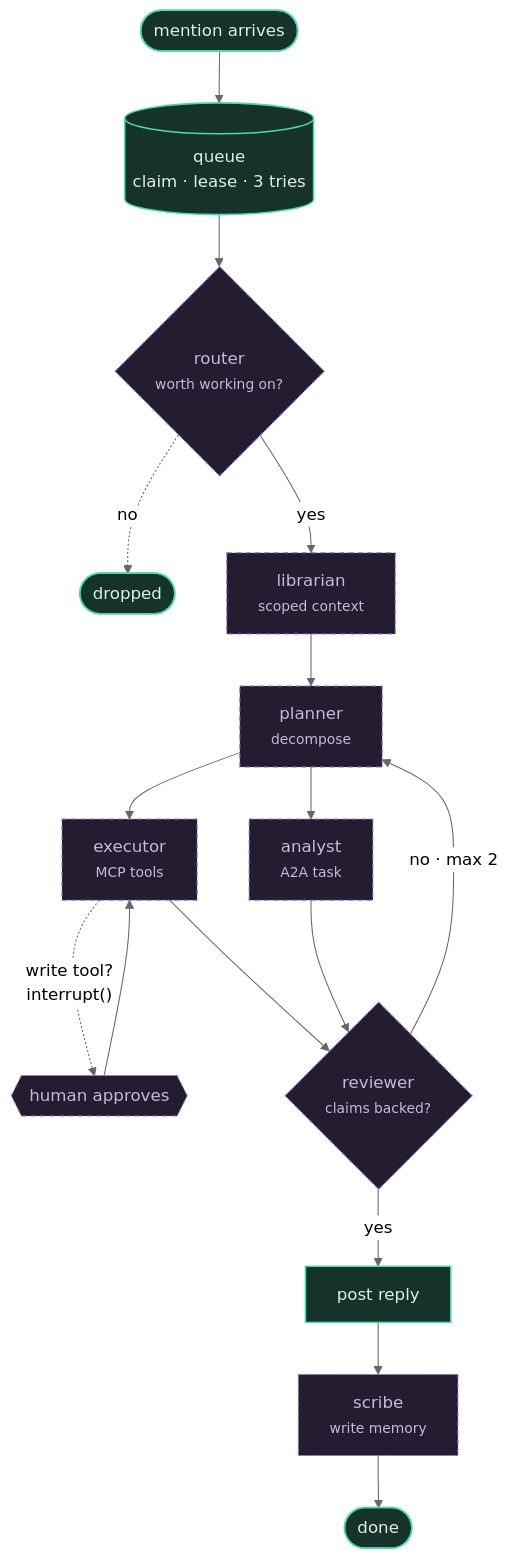
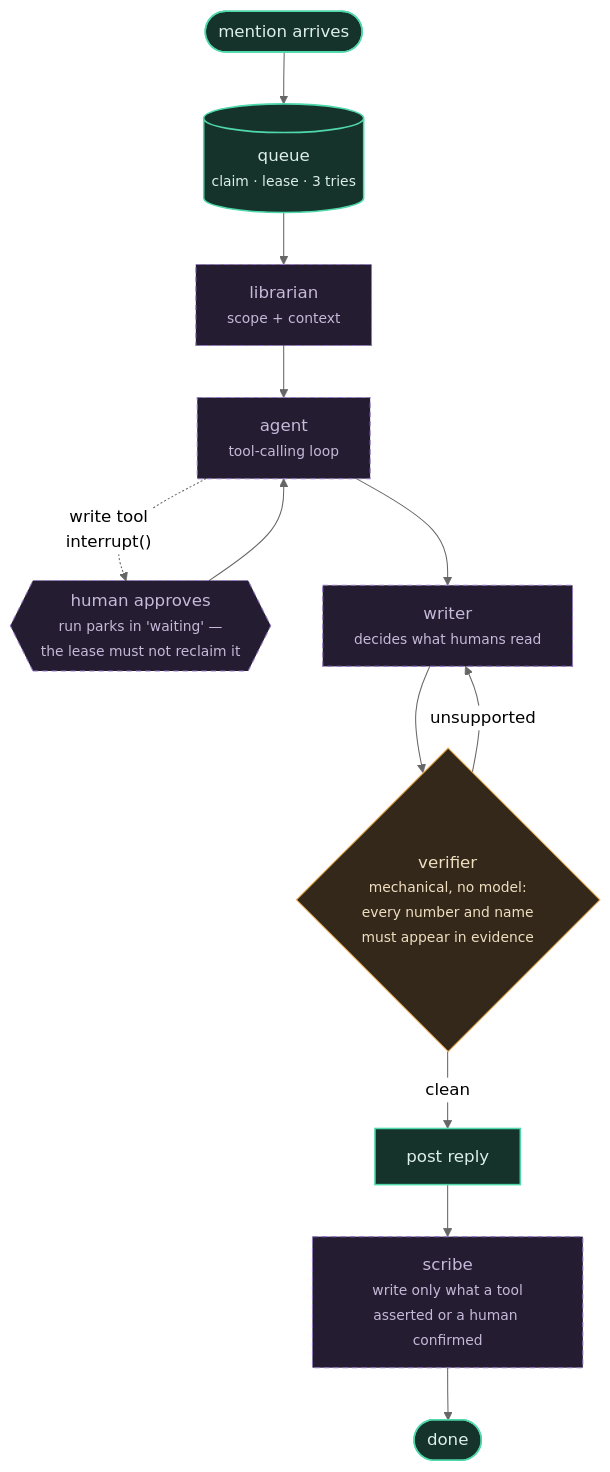
Before and after one commit to rppol/claude-tag-poc: the diagram in docs/diagrams/langgraph.mmd, drawn with Mermaid (neutral theme). The commit also changed 11 other files, not shown here.

First line of the commit message:
Make it robust: fix what an AI-design and a scale review found

```diff
--- a/docs/diagrams/langgraph.mmd
+++ b/docs/diagrams/langgraph.mmd
@@ -1,21 +1,19 @@
 flowchart TB
-  START(["mention arrives"]) --> Q[("queue<br/>claim · lease · 3 tries")]
-  Q --> ROUTER{"router<br/><small>worth working on?</small>"}
-  ROUTER -.->|"no"| DROP(["dropped"])
-  ROUTER -->|"yes"| LIB["librarian<br/><small>scoped context</small>"]
-  LIB --> PLAN["planner<br/><small>decompose</small>"]
+  START(["mention arrives"]) --> Q[("queue<br/><small>claim · lease · 3 tries</small>")]
+  Q --> LIB["librarian<br/><small>scope + context</small>"]
+  LIB --> AG["agent<br/><small>tool-calling loop</small>"]
 
-  PLAN --> EXEC["executor<br/><small>MCP tools</small>"]
-  PLAN --> ANA["analyst<br/><small>A2A task</small>"]
-  EXEC -.->|"write tool?<br/>interrupt()"| HUM{{"human approves"}}
-  HUM --> EXEC
+  AG -.->|"write tool<br/>interrupt()"| HUM{{"human approves<br/><small>run parks in 'waiting' —<br/>the lease must not reclaim it</small>"}}
+  HUM --> AG
 
-  EXEC --> REV{"reviewer<br/><small>claims backed?</small>"}
-  ANA --> REV
-  REV -->|"no · max 2"| PLAN
-  REV -->|"yes"| POST["post reply"] --> SCRIBE["scribe<br/><small>write memory</small>"] --> DONE(["done"])
+  AG --> W["writer<br/><small>decides what humans read</small>"]
+  W --> V{"verifier<br/><small>mechanical, no model:<br/>every number and name<br/>must appear in evidence</small>"}
+  V -->|"unsupported"| W
+  V -->|"clean"| POST["post reply"] --> SCRIBE["scribe<br/><small>write only what a tool<br/>asserted or a human confirmed</small>"] --> DONE(["done"])
 
   classDef built stroke:#4FD8AA,fill:#16332B,color:#DCEFE8,stroke-width:1.5px
   classDef design stroke:#9578C4,fill:#241D31,color:#C6B9D9,stroke-dasharray:5 4
-  class START,Q,POST,DONE,DROP built
-  class ROUTER,LIB,PLAN,EXEC,ANA,HUM,REV,SCRIBE design
+  classDef mech stroke:#EDAE55,fill:#33281A,color:#F0DEC0
+  class START,Q,POST,DONE built
+  class LIB,AG,HUM,W,SCRIBE design
+  class V mech
```
